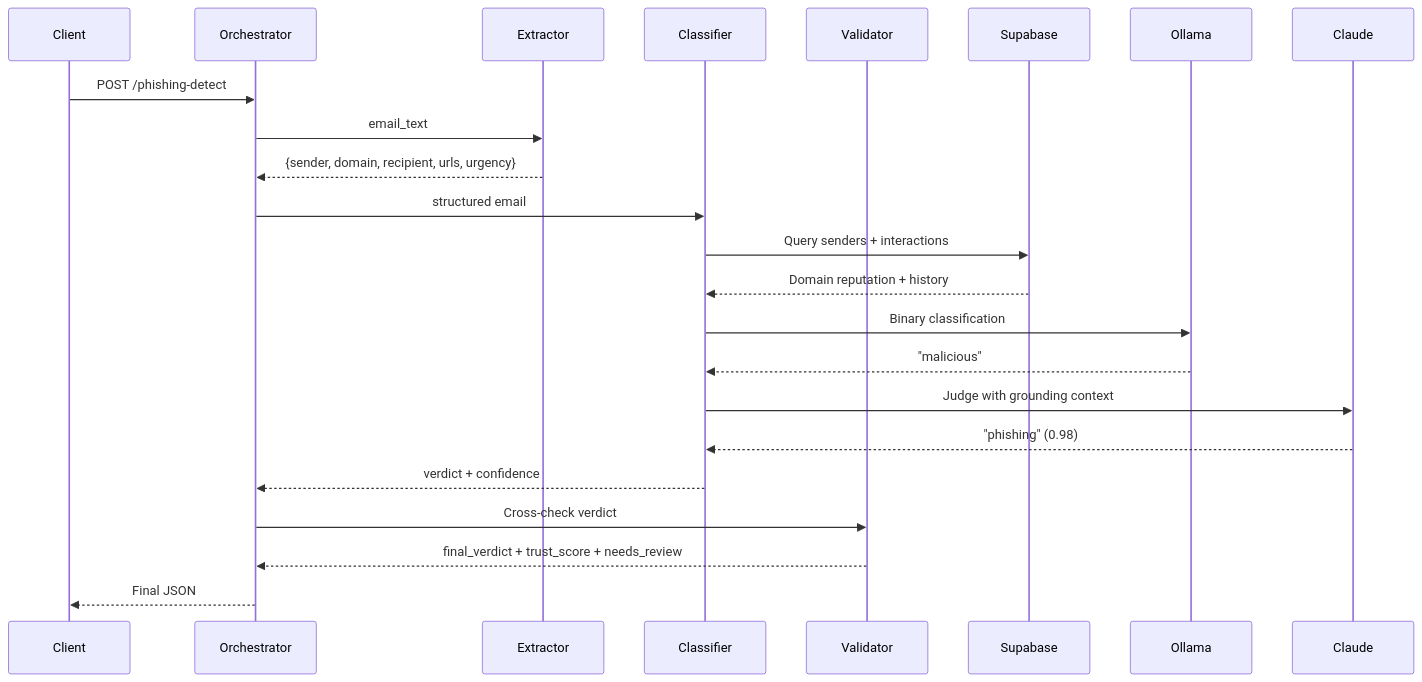
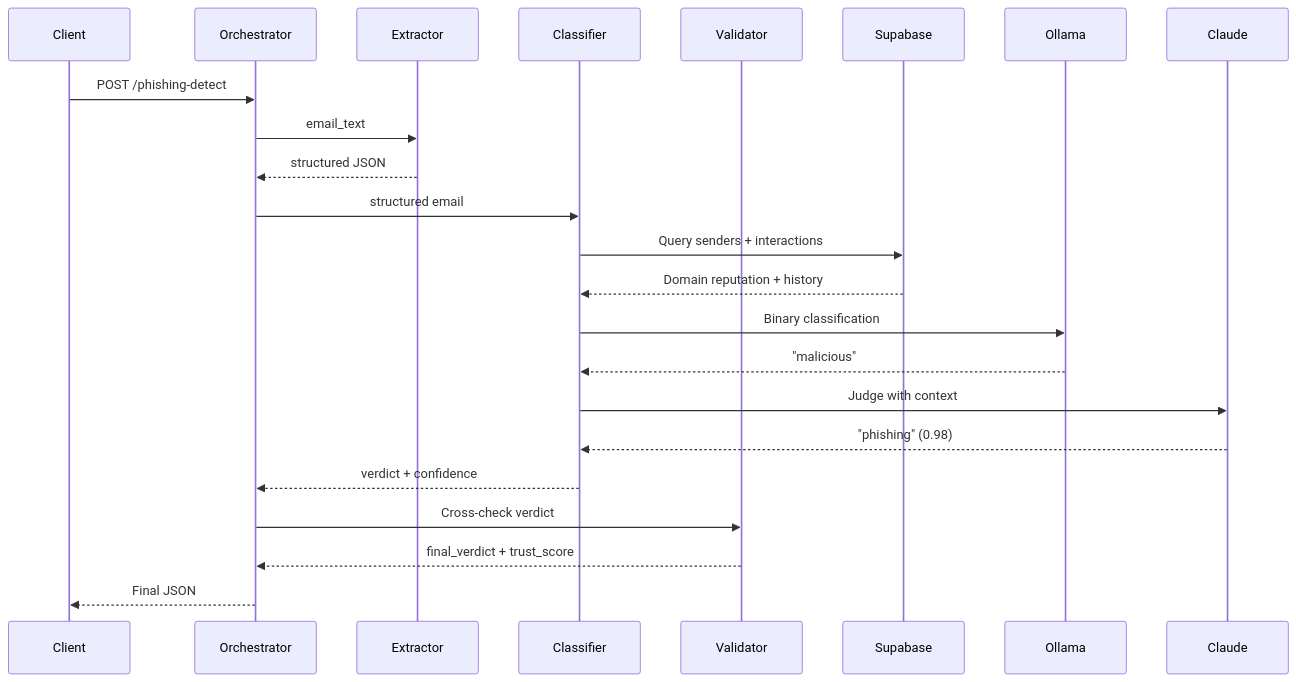
The second of 3 diagrams in README.md (shivoymalhotra9-wq/Agentic-AI-Cyber-App), drawn with Mermaid before and after one commit. The commit also changed other lines of this file, not shown here.

````diff
--- a/README.md
+++ b/README.md
@@ -109,26 +123,26 @@
 ```mermaid
 sequenceDiagram
     participant U as Client
     participant O as Orchestrator
     participant E as Extractor
     participant C as Classifier
     participant V as Validator
     participant DB as Supabase
     participant OL as Ollama
     participant CL as Claude
 
     U->>O: POST /phishing-detect
     O->>E: email_text
-    E-->>O: {sender, domain, recipient, urls, urgency}
+    E-->>O: structured JSON
     O->>C: structured email
     C->>DB: Query senders + interactions
     DB-->>C: Domain reputation + history
     C->>OL: Binary classification
     OL-->>C: "malicious"
-    C->>CL: Judge with grounding context
+    C->>CL: Judge with context
     CL-->>C: "phishing" (0.98)
     C-->>O: verdict + confidence
     O->>V: Cross-check verdict
-    V-->>O: final_verdict + trust_score + needs_review
+    V-->>O: final_verdict + trust_score
     O-->>U: Final JSON
 ```
````
